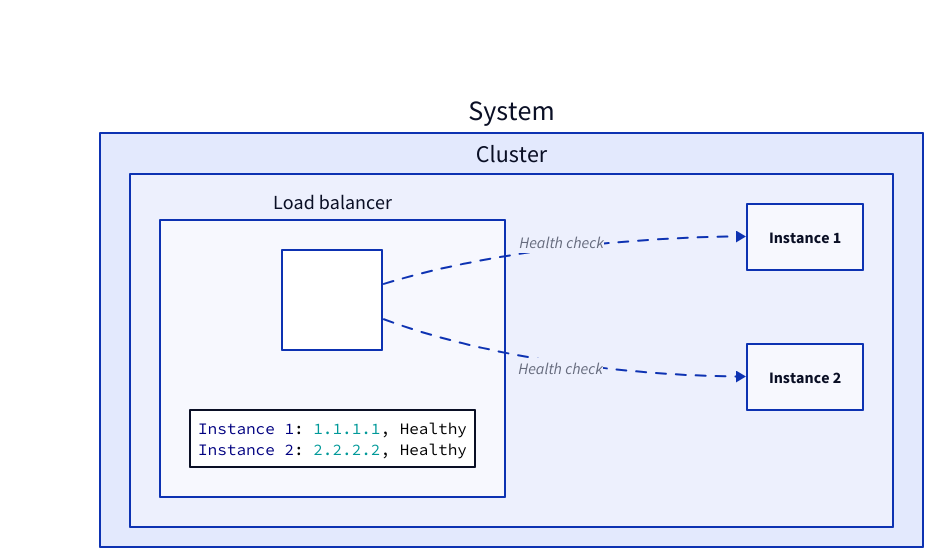
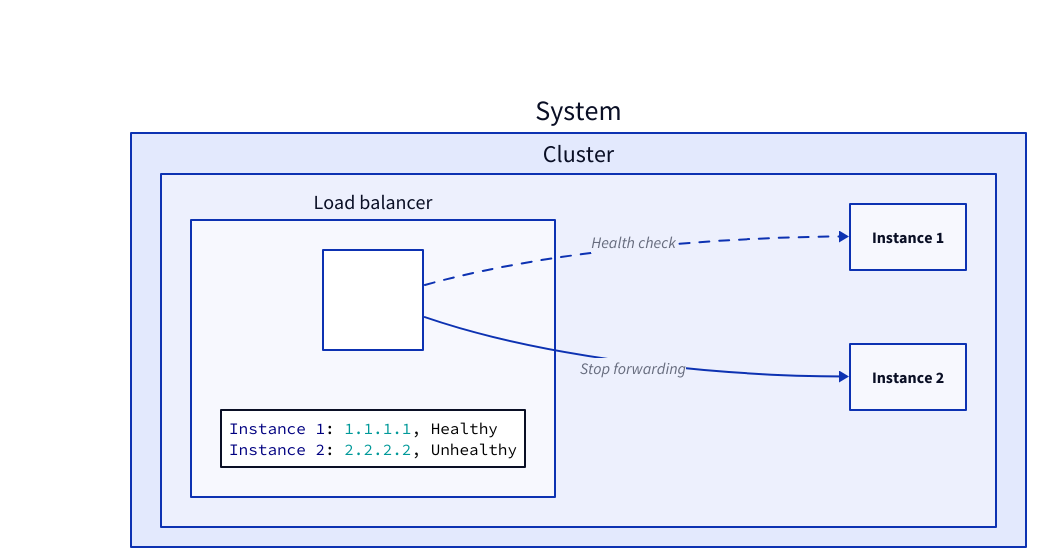
Before and after one commit to link1905/system-design-101: the fifth of 20 diagrams in content/docs/web-service/load-balancer.md, drawn with D2. The commit also changed other lines of this file and 31 other files, not shown here.

````diff
--- a/content/docs/web-service/load-balancer.md
+++ b/content/docs/web-service/load-balancer.md
@@ -152,28 +155,28 @@
 ```d2
 direction: right
 system: System {
   s: Cluster {
     lb: Load balancer {
       lb: "" {
         class: lb
       }
       r: |||yaml
       Instance 1: 1.1.1.1, Healthy
-      Instance 2: 2.2.2.2, Healthy
+      Instance 2: 2.2.2.2, Unhealthy
       |||
     }
     s1: Instance 1 {
       class: server
     }
     s2: Instance 2 {
-      class: server
+      class: generic-error
     }
     lb.lb -> s1: Health check {
       style.animated: true
     }
-    lb.lb -> s2: Health check {
-      style.animated: true
+    lb.lb -> s2: Stop forwarding {
+      class: error-conn
     }
   }
 }
 ```
````
